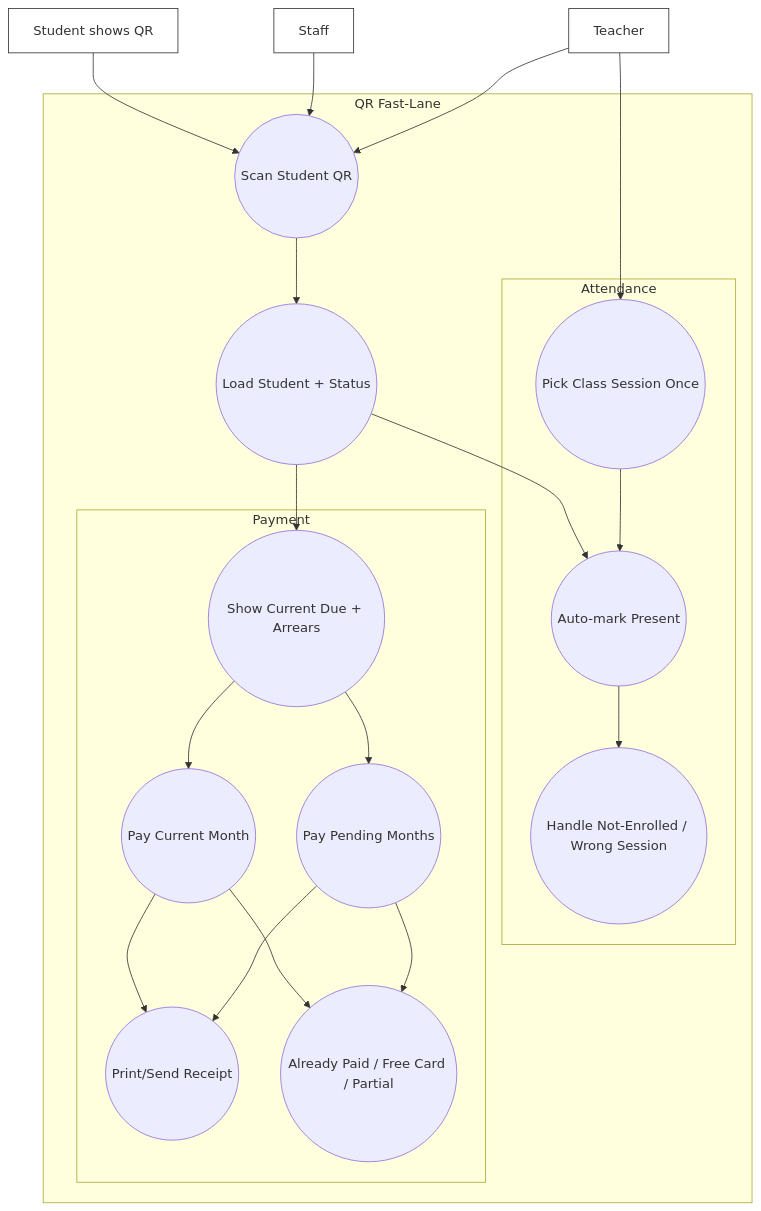
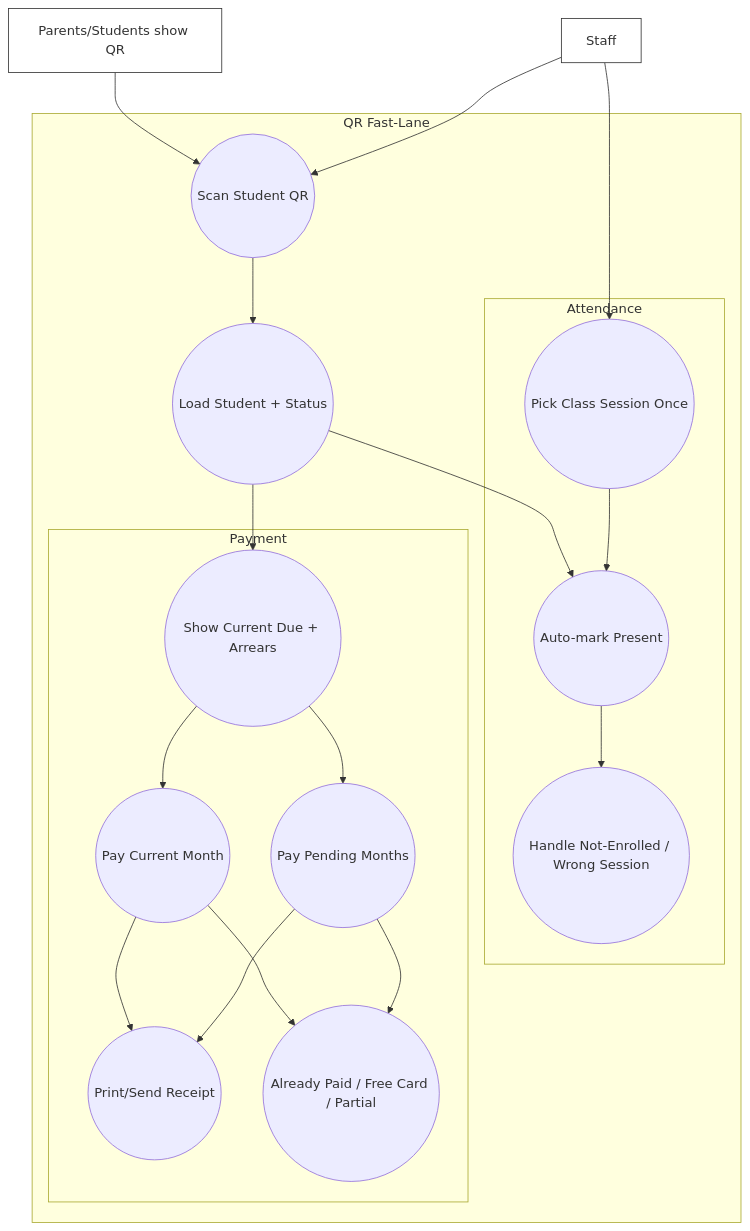
One commit to numeshj/saranya-new changed the second of 2 diagrams in docs/use-cases.md. Above: the diagram before and after it, drawn with Mermaid. The commit also changed other lines of this file and 2 other files, not shown here.

Commit message:
Align docs to Admin/Staff/Parents roles

````diff
--- a/docs/use-cases.md
+++ b/docs/use-cases.md
@@ -137,48 +132,46 @@
 ```mermaid
 flowchart TB
   Staff[Staff]:::actor
-  Teacher[Teacher]:::actor
-  Student[Student shows QR]:::actor
+  Student[Parents/Students show QR]:::actor
 
   subgraph SYS[QR Fast-Lane]
     Scan((Scan Student QR))
     Identify((Load Student + Status))
 
     subgraph ATT[Attendance]
       PickSession((Pick Class Session Once))
       MarkPresent((Auto-mark Present))
       ExceptionA((Handle Not-Enrolled / Wrong Session))
     end
 
     subgraph PAY[Payment]
       ShowDue((Show Current Due + Arrears))
       PayCurrent((Pay Current Month))
       PayArrears((Pay Pending Months))
       Receipt((Print/Send Receipt))
       ExceptionP((Already Paid / Free Card / Partial))
     end
   end
 
-  Teacher --> PickSession
   Student --> Scan
   Staff --> Scan
-  Teacher --> Scan
+  Staff --> PickSession
 
   Scan --> Identify
 
   %% Attendance path
   Identify --> MarkPresent
   PickSession --> MarkPresent
   MarkPresent --> ExceptionA
 
   %% Payment path
   Identify --> ShowDue
   ShowDue --> PayCurrent
   ShowDue --> PayArrears
   PayCurrent --> Receipt
   PayArrears --> Receipt
   PayCurrent --> ExceptionP
   PayArrears --> ExceptionP
 
   classDef actor fill:#fff,stroke:#333,stroke-width:1px;
 ```
````
